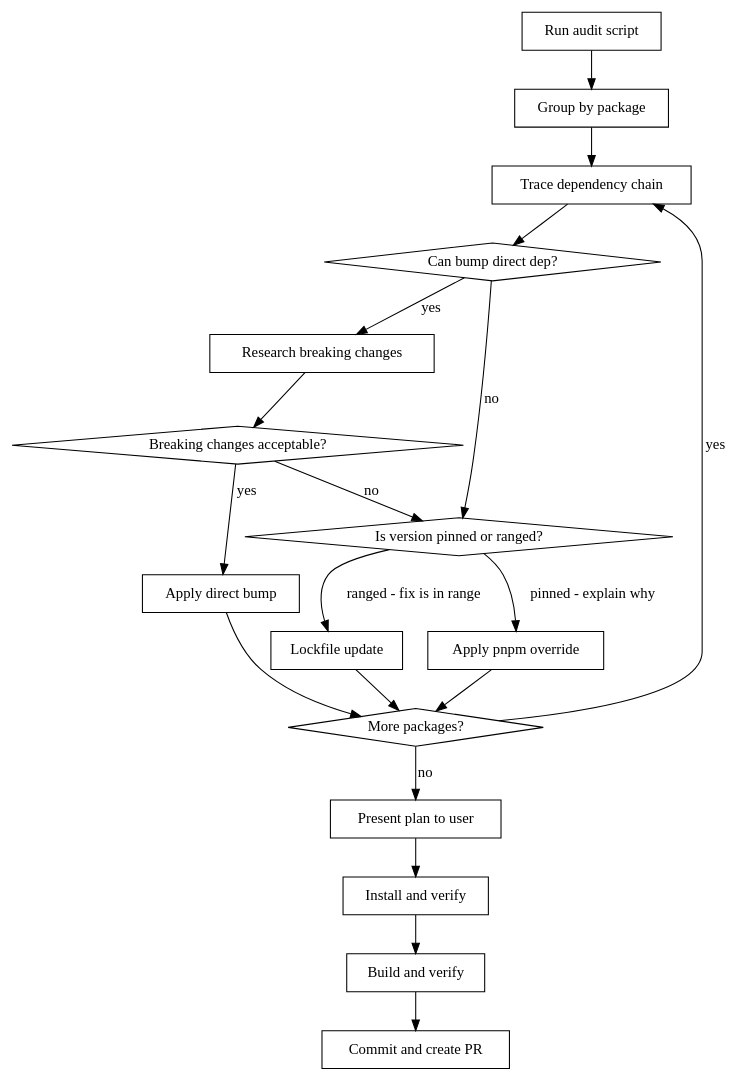
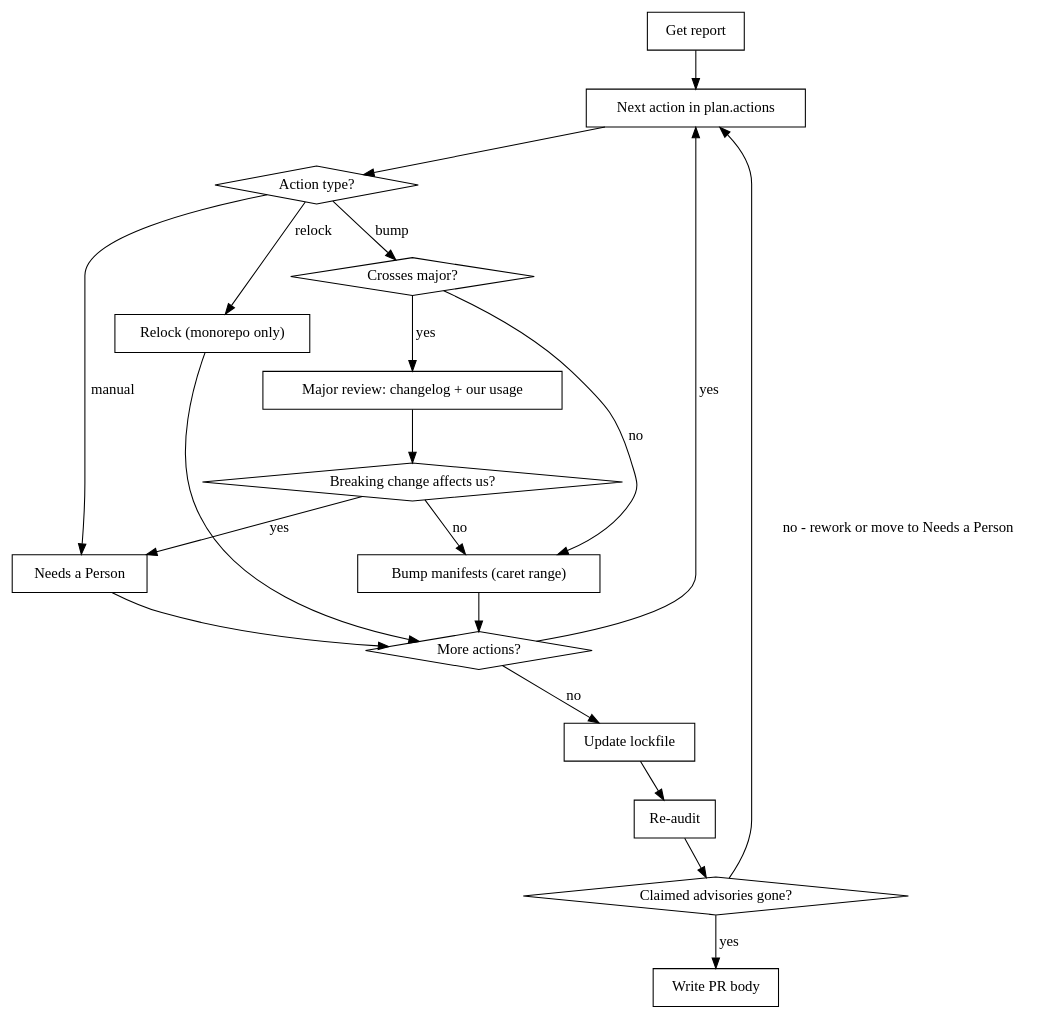
One commit to payloadcms/payload changed the diagram in .agents/skills/audit-dependencies/SKILL.md. Above: the diagram before and after it, drawn with Graphviz. The commit also changed other lines of this file, not shown here.

Commit message:
chore: make audit-dependencies skill CI-first

````diff
--- a/.agents/skills/audit-dependencies/SKILL.md
+++ b/.agents/skills/audit-dependencies/SKILL.md
@@ -14,38 +20,38 @@
 ```dot
 digraph audit {
-    "Run audit script" [shape=box];
-    "Group by package" [shape=box];
-    "Trace dependency chain" [shape=box];
-    "Can bump direct dep?" [shape=diamond];
-    "Research breaking changes" [shape=box];
-    "Breaking changes acceptable?" [shape=diamond];
-    "Apply direct bump" [shape=box];
-    "Is version pinned or ranged?" [shape=diamond];
-    "Lockfile update" [shape=box];
-    "Apply pnpm override" [shape=box];
-    "More packages?" [shape=diamond];
-    "Present plan to user" [shape=box];
-    "Install and verify" [shape=box];
-    "Build and verify" [shape=box];
-    "Commit and create PR" [shape=box];
+    "Get report" [shape=box];
+    "Next action in plan.actions" [shape=box];
+    "Action type?" [shape=diamond];
+    "Bump manifests (caret range)" [shape=box];
+    "Crosses major?" [shape=diamond];
+    "Major review: changelog + our usage" [shape=box];
+    "Breaking change affects us?" [shape=diamond];
+    "Relock (monorepo only)" [shape=box];
+    "Needs a Person" [shape=box];
+    "More actions?" [shape=diamond];
+    "Update lockfile" [shape=box];
+    "Re-audit" [shape=box];
+    "Claimed advisories gone?" [shape=diamond];
+    "Write PR body" [shape=box];
 
-    "Run audit script" -> "Group by package";
-    "Group by package" -> "Trace dependency chain";
-    "Trace dependency chain" -> "Can bump direct dep?";
-    "Can bump direct dep?" -> "Research breaking changes" [label="yes"];
-    "Can bump direct dep?" -> "Is version pinned or ranged?" [label="no"];
-    "Research breaking changes" -> "Breaking changes acceptable?";
-    "Breaking changes acceptable?" -> "Apply direct bump" [label="yes"];
-    "Breaking changes acceptable?" -> "Is version pinned or ranged?" [label="no"];
-    "Is version pinned or ranged?" -> "Lockfile update" [label="ranged - fix is in range"];
-    "Is version pinned or ranged?" -> "Apply pnpm override" [label="pinned - explain why"];
-    "Apply direct bump" -> "More packages?";
-    "Lockfile update" -> "More packages?";
-    "Apply pnpm override" -> "More packages?";
-    "More packages?" -> "Trace dependency chain" [label="yes"];
-    "More packages?" -> "Present plan to user" [label="no"];
-    "Present plan to user" -> "Install and verify";
-    "Install and verify" -> "Build and verify";
-    "Build and verify" -> "Commit and create PR";
+    "Get report" -> "Next action in plan.actions";
+    "Next action in plan.actions" -> "Action type?";
+    "Action type?" -> "Crosses major?" [label="bump"];
+    "Action type?" -> "Relock (monorepo only)" [label="relock"];
+    "Action type?" -> "Needs a Person" [label="manual"];
+    "Crosses major?" -> "Bump manifests (caret range)" [label="no"];
+    "Crosses major?" -> "Major review: changelog + our usage" [label="yes"];
+    "Major review: changelog + our usage" -> "Breaking change affects us?";
+    "Breaking change affects us?" -> "Bump manifests (caret range)" [label="no"];
+    "Breaking change affects us?" -> "Needs a Person" [label="yes"];
+    "Bump manifests (caret range)" -> "More actions?";
+    "Relock (monorepo only)" -> "More actions?";
+    "Needs a Person" -> "More actions?";
+    "More actions?" -> "Next action in plan.actions" [label="yes"];
+    "More actions?" -> "Update lockfile" [label="no"];
+    "Update lockfile" -> "Re-audit";
+    "Re-audit" -> "Claimed advisories gone?";
+    "Claimed advisories gone?" -> "Write PR body" [label="yes"];
+    "Claimed advisories gone?" -> "Next action in plan.actions" [label="no - rework or move to Needs a Person"];
 }
 ```
````
